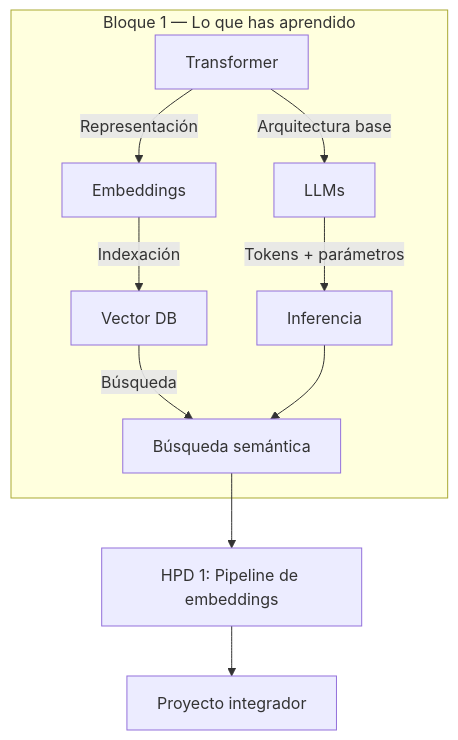
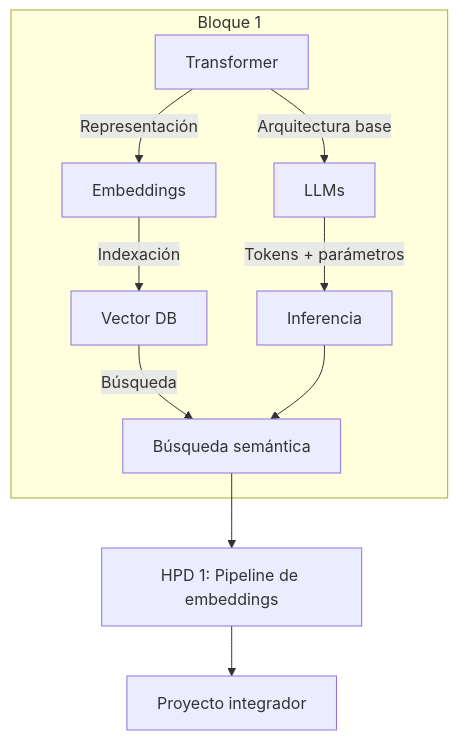
The second of 2 diagrams in bloque1/01-fundamentos.qmd (Adamychen/m10_quarto), drawn with Mermaid before and after one commit. The commit also changed other lines of this file, not shown here.

````diff
--- a/bloque1/01-fundamentos.qmd
+++ b/bloque1/01-fundamentos.qmd
@@ -114,13 +116,13 @@
 ```{mermaid}
 graph TD
-    subgraph "Bloque 1 — Lo que has aprendido"
+    subgraph "Bloque 1"
         A[Transformer] -->|Arquitectura base| B[LLMs]
         A -->|Representación| C[Embeddings]
         B -->|Tokens + parámetros| D[Inferencia]
         C -->|Indexación| E[Vector DB]
         E -->|Búsqueda| F[Búsqueda semántica]
     end
     D --> F
     F --> G[HPD 1: Pipeline de embeddings]
     G --> H[Proyecto integrador]
 ```
````
